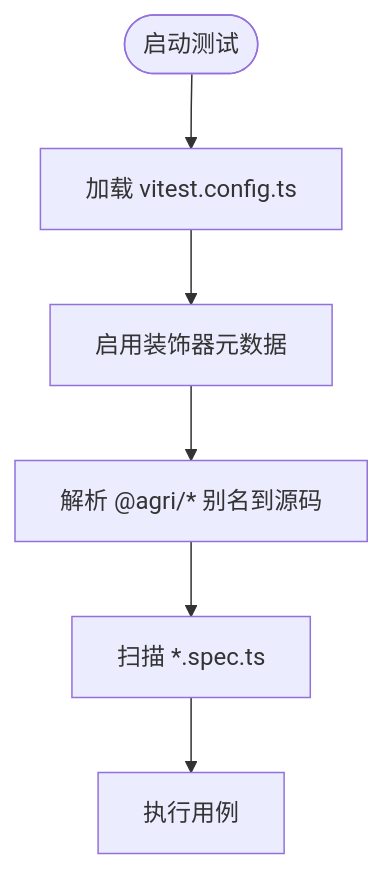
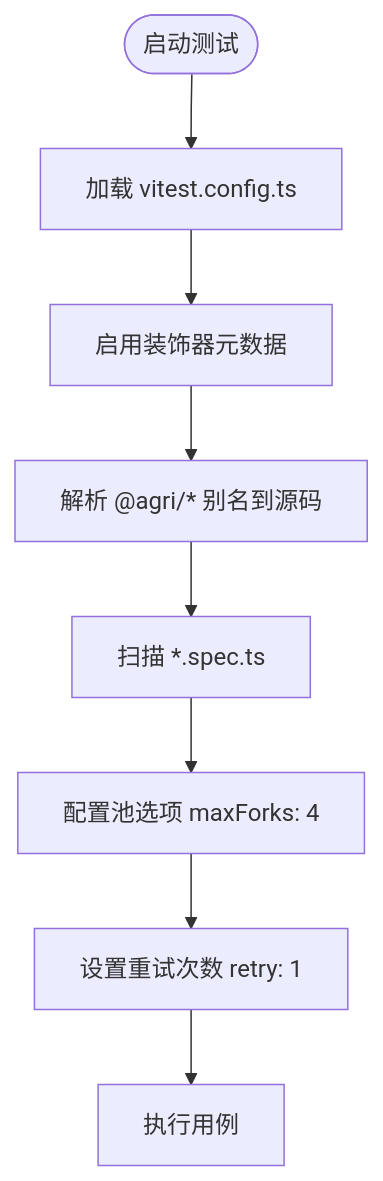
Before and after one commit to q446328246/agri-platform: the third of 29 diagrams in .qoder/repowiki/zh/content/测试策略/测试策略.md, drawn with Mermaid. The commit also changed other lines of this file and 47 other files, not shown here.

````diff
--- a/.qoder/repowiki/zh/content/测试策略/测试策略.md
+++ b/.qoder/repowiki/zh/content/测试策略/测试策略.md
@@ -164,8 +175,10 @@
 ```mermaid
 flowchart TD
 Start(["启动测试"]) --> LoadCfg["加载 vitest.config.ts"]
 LoadCfg --> EnableDeco["启用装饰器元数据"]
 EnableDeco --> ResolveAlias["解析 @agri/* 别名到源码"]
 ResolveAlias --> DiscoverTests["扫描 *.spec.ts"]
-DiscoverTests --> RunTests["执行用例"]
+DiscoverTests --> OptimizePool["配置池选项 maxForks: 4"]
+OptimizePool --> SetRetry["设置重试次数 retry: 1"]
+SetRetry --> RunTests["执行用例"]
 ```
````
